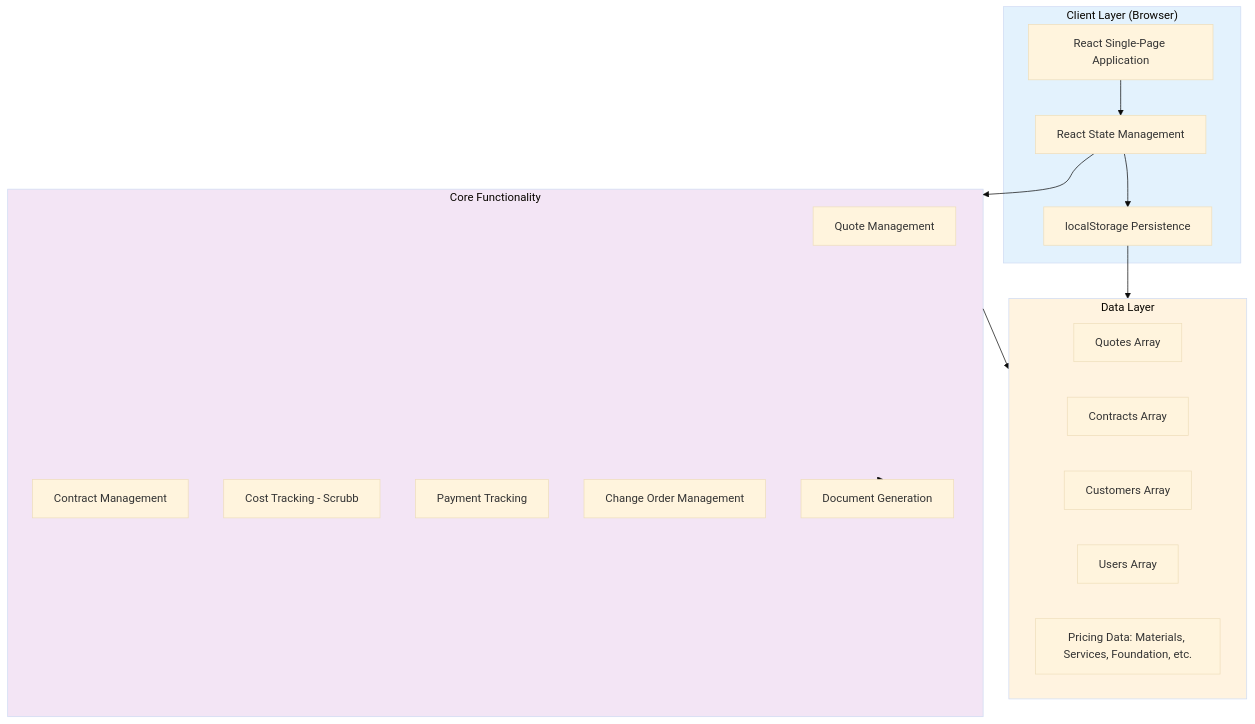
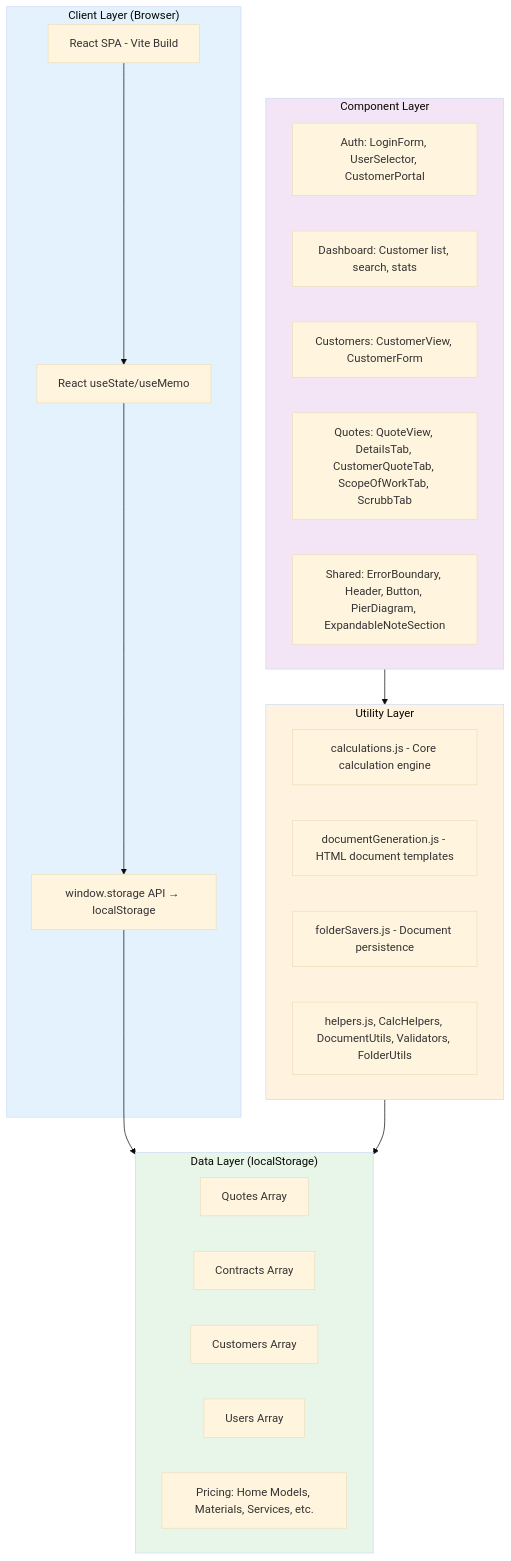
The first of 4 diagrams in spec.md (Isackelling/Modular-Bidding), drawn with Mermaid (base theme) before and after one commit. The commit also changed other lines of this file and 8 other files, not shown here.

````diff
--- a/spec.md
+++ b/spec.md
@@ -51,36 +74,42 @@
 ```mermaid
 flowchart TB
     subgraph Client["Client Layer (Browser)"]
-        UI[React Single-Page Application]
-        State[React State Management]
-        LocalStorage[localStorage Persistence]
+        UI[React SPA - Vite Build]
+        State[React useState/useMemo]
+        Storage[window.storage API → localStorage]
     end
 
-    subgraph Data["Data Layer"]
-        Quotes[Quotes Array]
-        Contracts[Contracts Array]
-        Customers[Customers Array]
-        Users[Users Array]
-        Pricing[Pricing Data: Materials, Services, Foundation, etc.]
+    subgraph Components["Component Layer"]
+        Auth[Auth: LoginForm, UserSelector, CustomerPortal]
+        Dash[Dashboard: Customer list, search, stats]
+        Cust[Customers: CustomerView, CustomerForm]
+        Quotes[Quotes: QuoteView, DetailsTab, CustomerQuoteTab, ScopeOfWorkTab, ScrubbTab]
+        Shared[Shared: ErrorBoundary, Header, Button, PierDiagram, ExpandableNoteSection]
     end
 
-    subgraph Core["Core Functionality"]
-        QuoteMgmt[Quote Management]
-        ContractMgmt[Contract Management]
-        CostTracking[Cost Tracking - Scrubb]
-        PaymentTracking[Payment Tracking]
-        ChangeOrders[Change Order Management]
-        DocGen[Document Generation]
+    subgraph Utils["Utility Layer"]
+        Calc[calculations.js - Core calculation engine]
+        DocGen[documentGeneration.js - HTML document templates]
+        FolderSave[folderSavers.js - Document persistence]
+        Helpers[helpers.js, CalcHelpers, DocumentUtils, Validators, FolderUtils]
+    end
+
+    subgraph Data["Data Layer (localStorage)"]
+        Quotes_Data[Quotes Array]
+        Contracts_Data[Contracts Array]
+        Customers_Data[Customers Array]
+        Users_Data[Users Array]
+        Pricing_Data[Pricing: Home Models, Materials, Services, etc.]
     end
 
     UI --> State
-    State --> LocalStorage
-    LocalStorage --> Data
-    State --> Core
-    Core --> Data
-    Core --> DocGen
+    State --> Storage
+    Storage --> Data
+    Components --> Utils
+    Utils --> Data
 
     style Client fill:#e3f2fd
-    style Data fill:#fff3e0
-    style Core fill:#f3e5f5
+    style Components fill:#f3e5f5
+    style Utils fill:#fff3e0
+    style Data fill:#e8f5e9
 ```
````
